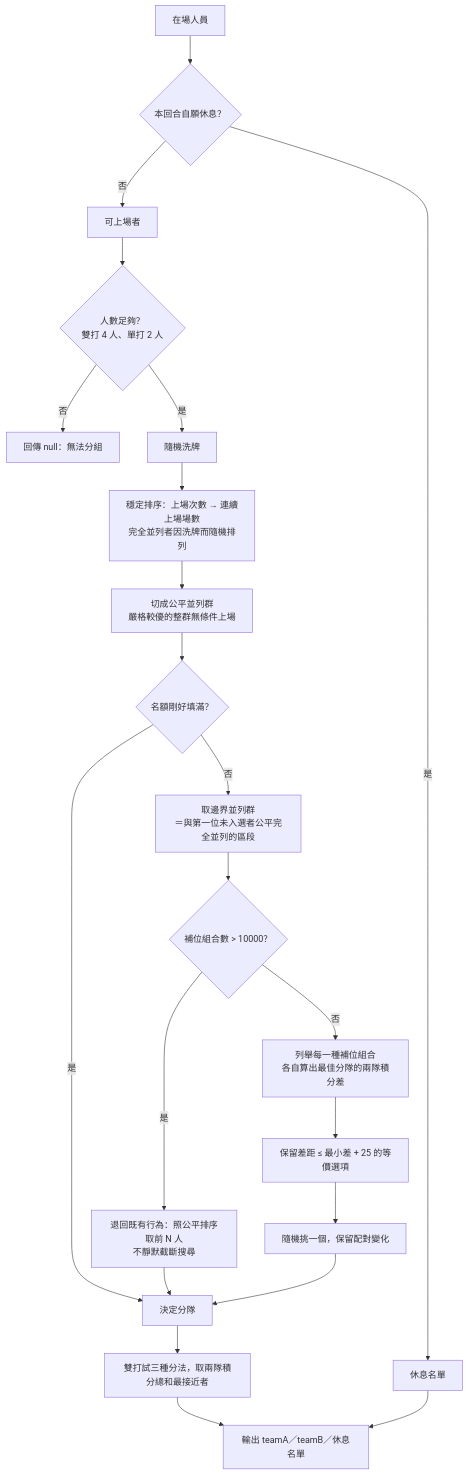
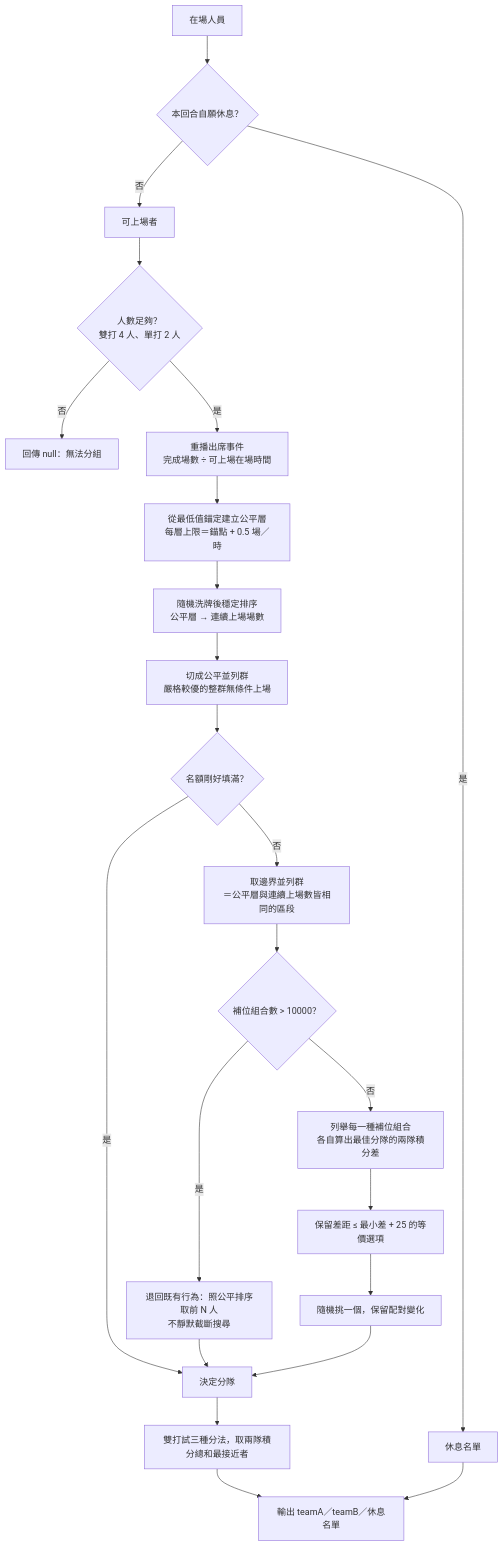
One commit to CReticulata/badminton-matcher changed the diagram in README.md. Above: the diagram before and after it, drawn with Mermaid. The commit also changed other lines of this file and 35 other files, not shown here.

````diff
--- a/README.md
+++ b/README.md
@@ -25,24 +27,25 @@
 ```mermaid
 flowchart TD
     A["在場人員"] --> B{"本回合自願休息？"}
     B -- 是 --> REST["休息名單"]
     B -- 否 --> C["可上場者"]
     C --> D{"人數足夠？<br/>雙打 4 人、單打 2 人"}
     D -- 否 --> NIL["回傳 null：無法分組"]
-    D -- 是 --> E["隨機洗牌"]
-    E --> F["穩定排序：上場次數 → 連續上場場數<br/>完全並列者因洗牌而隨機排列"]
-    F --> G["切成公平並列群<br/>嚴格較優的整群無條件上場"]
-    G --> H{"名額剛好填滿？"}
-    H -- 是 --> SPLIT["決定分隊"]
-    H -- 否 --> I["取邊界並列群<br/>＝與第一位未入選者公平完全並列的區段"]
+    D -- 是 --> E["重播出席事件<br/>完成場數 ÷ 可上場在場時間"]
+    E --> F["從最低值錨定建立公平層<br/>每層上限＝錨點 + 0.5 場／時"]
+    F --> G["隨機洗牌後穩定排序<br/>公平層 → 連續上場場數"]
+    G --> H["切成公平並列群<br/>嚴格較優的整群無條件上場"]
+    H --> Q{"名額剛好填滿？"}
+    Q -- 是 --> SPLIT["決定分隊"]
+    Q -- 否 --> I["取邊界並列群<br/>＝公平層與連續上場數皆相同的區段"]
     I --> J{"補位組合數 > 10000？"}
     J -- 是 --> K["退回既有行為：照公平排序取前 N 人<br/>不靜默截斷搜尋"]
     K --> SPLIT
     J -- 否 --> L["列舉每一種補位組合<br/>各自算出最佳分隊的兩隊積分差"]
     L --> M["保留差距 ≤ 最小差 + 25 的等價選項"]
     M --> N["隨機挑一個，保留配對變化"]
     N --> SPLIT
     SPLIT --> O["雙打試三種分法，取兩隊積分總和最接近者"]
     O --> P["輸出 teamA／teamB／休息名單"]
     REST --> P
 ```
````
